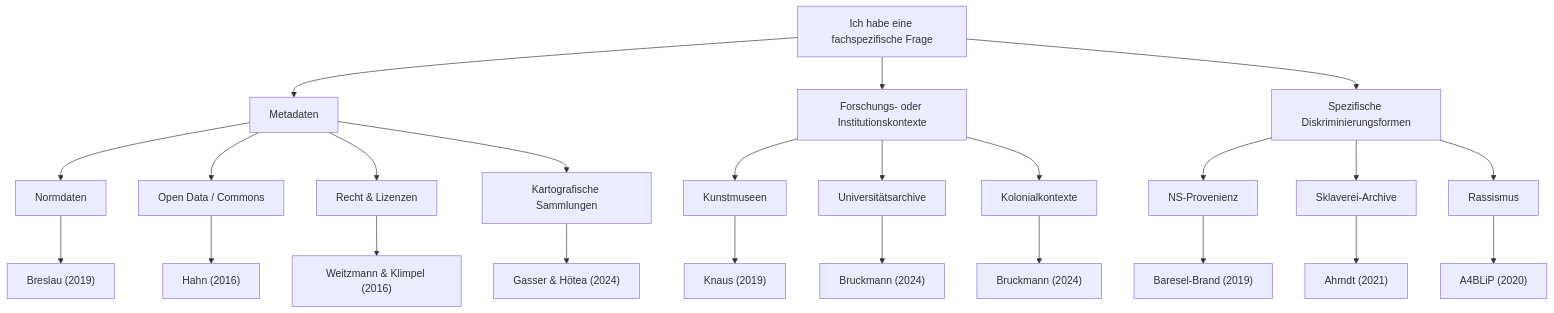
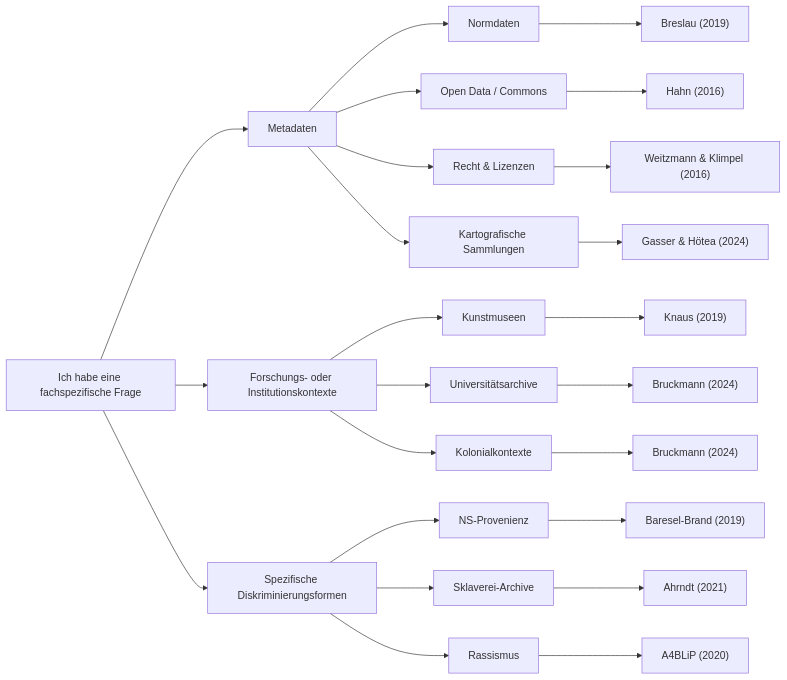
One commit to maehr/diskriminierungsfreie-metadaten changed the third of 3 diagrams in manuscript/index.qmd. Above: the diagram before and after it, drawn with Mermaid. The commit also changed other lines of this file, not shown here.

Commit message:
fix: correct flowchart direction and update section headings for consistency

````diff
--- a/manuscript/index.qmd
+++ b/manuscript/index.qmd
@@ -1349,40 +1349,40 @@
 ```{mermaid}
 %%| label: fig-metadata-3
 %%| fig-cap: "Hilfestellungen für weiterführende Fragen, die über die behandelten Themen des Handbuchs hinausgehen."
 %%| fig-alt: "Flussdiagramm zur Orientierung bei fachspezifischen Fragen in der Archiv- und Metadatenforschung. Die zentrale Frage 'Ich habe eine fachspezifische Frage' verzweigt in drei Bereiche: Metadaten, Forschungs- oder Institutionskontexte sowie Spezifische Diskriminierungsformen. Unter 'Metadaten' stehen Normdaten (Breslau 2019), Open Data / Commons (Hahn 2016), Recht & Lizenzen (Weitzmann & Klimpel 2016) und Kartografische Sammlungen (Gasser & Hötea 2024). Unter 'Forschungs- oder Institutionskontexte' finden sich Kunstmuseen (Knaus 2019), Universitätsarchive (Bruckmann 2024) und Kolonialkontexte (Bruckmann 2024). Unter 'Spezifische Diskriminierungsformen' erscheinen NS-Provenienz (Baresel-Brand 2019), Sklaverei-Archive (Ahrndt 2021) und Rassismus (A4BLiP 2020)."
-flowchart TD
+flowchart LR
     Frage["Ich habe eine fachspezifische Frage"]
 
     Frage --> SpezMeta["Metadaten"]
     Frage --> SpezForschung["Forschungs- oder Institutionskontexte"]
     Frage --> SpezDisk["Spezifische Diskriminierungsformen"]
 
     %% Spezifische Fragen an Metadaten
     SpezMeta --> Normdaten["Normdaten"]
     SpezMeta --> OpenData["Open Data / Commons"]
     SpezMeta --> Recht["Recht & Lizenzen"]
     SpezMeta --> Karten["Kartografische Sammlungen"]
 
     Normdaten --> Breslau["Breslau (2019)"]
     OpenData --> Hahn["Hahn (2016)"]
     Recht --> Weitzmann["Weitzmann & Klimpel (2016)"]
     Karten --> Gasser["Gasser & Hötea (2024)"]
 
     %% Spezifische Forschungs- oder Institutionskontexte
     SpezForschung --> Kunst["Kunstmuseen"]
     SpezForschung --> UniArchive["Universitätsarchive"]
     SpezForschung --> Kolonial["Kolonialkontexte"]
 
     Kunst --> Knaus["Knaus (2019)"]
     UniArchive --> Bruckmann["Bruckmann (2024)"]
     Kolonial --> Bruckmann2["Bruckmann (2024)"]
 
     %% Spezifische Diskriminierungsformen
     SpezDisk --> NSProvenienz["NS-Provenienz"]
     SpezDisk --> Sklaverei["Sklaverei-Archive"]
     SpezDisk --> Rassismus["Rassismus"]
 
     NSProvenienz --> Baresel["Baresel-Brand (2019)"]
     Sklaverei --> Ahrndt["Ahrndt (2021)"]
     Rassismus --> A4BLiP2020["A4BLiP (2020)"]
 ```
````
